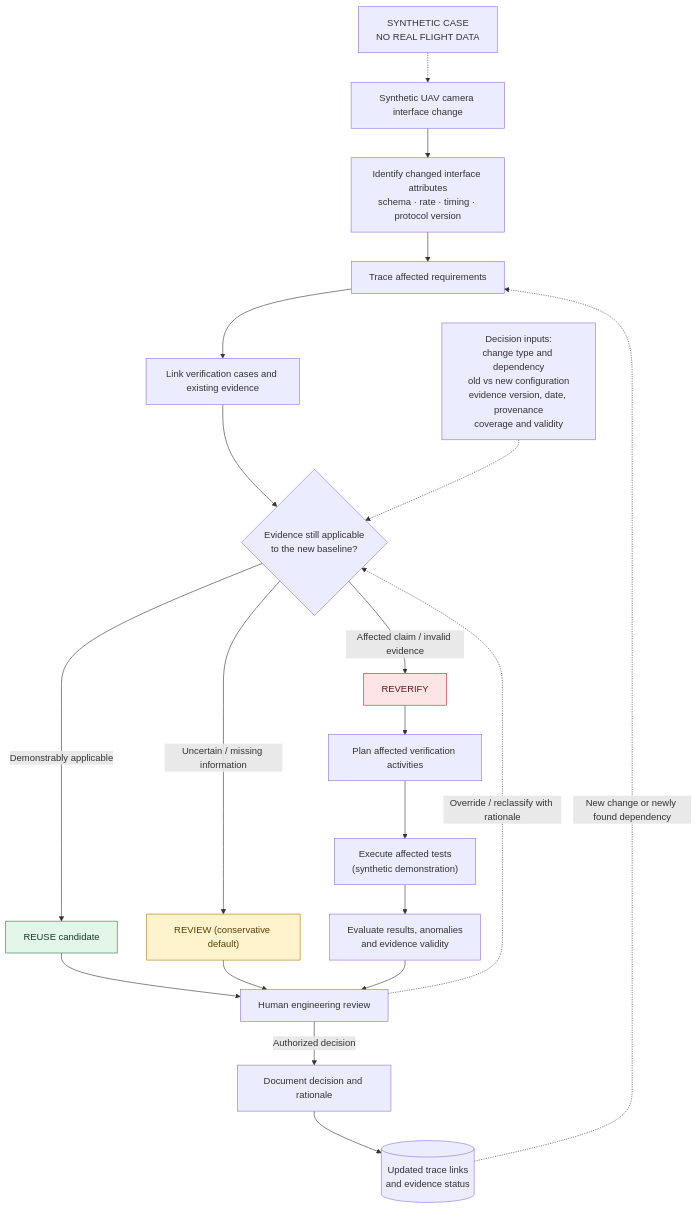
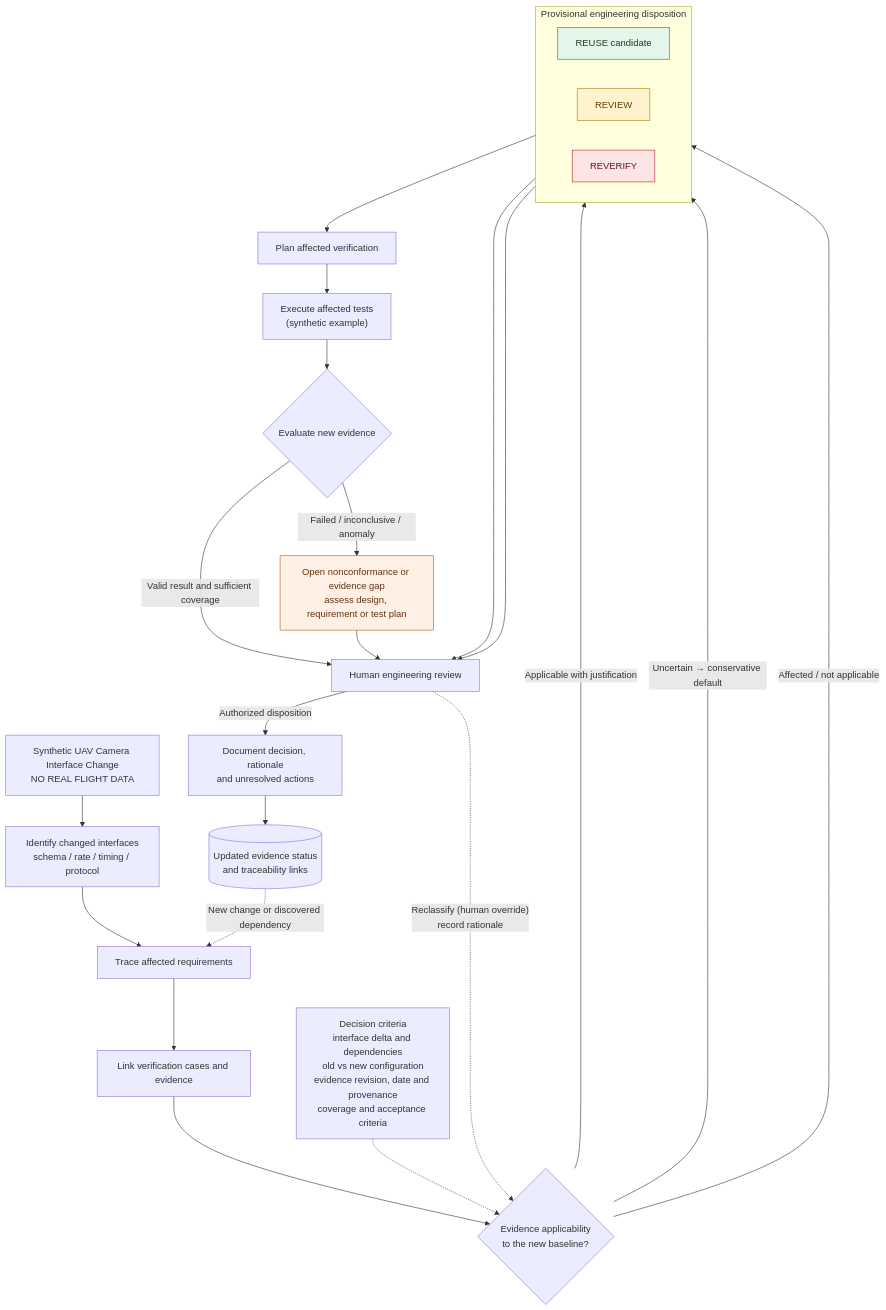
One commit to HAKOSARI/sakarya-aerospace--engineering-showcase changed the first of 2 diagrams in case-studies/01-uav-eo-camera-decision-architecture.md. Above: the diagram before and after it, drawn with Mermaid. The commit also changed other lines of this file, not shown here.

Commit message:
docs: clarify synthetic evidence decision diagram and failed-test review path

````diff
--- a/case-studies/01-uav-eo-camera-decision-architecture.md
+++ b/case-studies/01-uav-eo-camera-decision-architecture.md
@@ -9,29 +9,42 @@
 ```mermaid
 flowchart TD
-    A["Synthetic UAV camera interface change"] --> B["Identify changed interface attributes<br/>schema · rate · timing · protocol version"]
+    A["Synthetic UAV Camera Interface Change<br/>NO REAL FLIGHT DATA"] --> B["Identify changed interfaces<br/>schema / rate / timing / protocol"]
     B --> C["Trace affected requirements"]
-    C --> D["Link verification cases and existing evidence"]
-    D --> E{"Evidence still applicable<br/>to the new baseline?"}
-    K["Decision inputs:<br/>change type and dependency<br/>old vs new configuration<br/>evidence version, date, provenance<br/>coverage and validity"] -.-> E
-    E -->|"Demonstrably applicable"| R["REUSE candidate"]
-    E -->|"Uncertain / missing information"| W["REVIEW (conservative default)"]
-    E -->|"Affected claim / invalid evidence"| V["REVERIFY"]
+    C --> D["Link verification cases and evidence"]
+    D --> E{"Evidence applicability<br/>to the new baseline?"}
+    K["Decision criteria<br/>interface delta and dependencies<br/>old vs new configuration<br/>evidence revision, date and provenance<br/>coverage and acceptance criteria"] -.-> E
+
+    subgraph DISPOSITION["Provisional engineering disposition"]
+      direction LR
+      R["REUSE candidate"]
+      W["REVIEW"]
+      V["REVERIFY"]
+    end
+
+    E -->|"Applicable with justification"| R
+    E -->|"Uncertain → conservative default"| W
+    E -->|"Affected / not applicable"| V
+
     R --> H["Human engineering review"]
     W --> H
-    V --> P["Plan affected verification activities"]
-    P --> T["Execute affected tests<br/>(synthetic demonstration)"]
-    T --> X["Evaluate results, anomalies<br/>and evidence validity"]
-    X --> H
-    H -.->|"Override / reclassify with rationale"| E
-    H -->|"Authorized decision"| J["Document decision and rationale"]
-    J --> S[("Updated trace links<br/>and evidence status")]
-    S -.->|"New change or newly found dependency"| C
-    N["SYNTHETIC CASE<br/>NO REAL FLIGHT DATA"] -.-> A
+    V --> P["Plan affected verification"]
+    P --> T["Execute affected tests<br/>(synthetic example)"]
+    T --> X{"Evaluate new evidence"}
+    X -->|"Valid result and sufficient coverage"| H
+    X -->|"Failed / inconclusive / anomaly"| F["Open nonconformance or evidence gap<br/>assess design, requirement or test plan"]
+    F --> H
+
+    H -.->|"Reclassify (human override)<br/>record rationale"| E
+    H -->|"Authorized disposition"| J["Document decision, rationale<br/>and unresolved actions"]
+    J --> S[("Updated evidence status<br/>and traceability links")]
+    S -.->|"New change or discovered dependency"| C
 
     classDef reuse fill:#e4f5e9,stroke:#237a43,color:#153f26;
     classDef review fill:#fff3cd,stroke:#aa7900,color:#5a4000;
     classDef reverify fill:#fde5e5,stroke:#b3262e,color:#65171b;
+    classDef warning fill:#fff0e6,stroke:#b35a19,color:#66310e;
     class R reuse;
     class W review;
     class V reverify;
+    class F warning;
 ```
````
